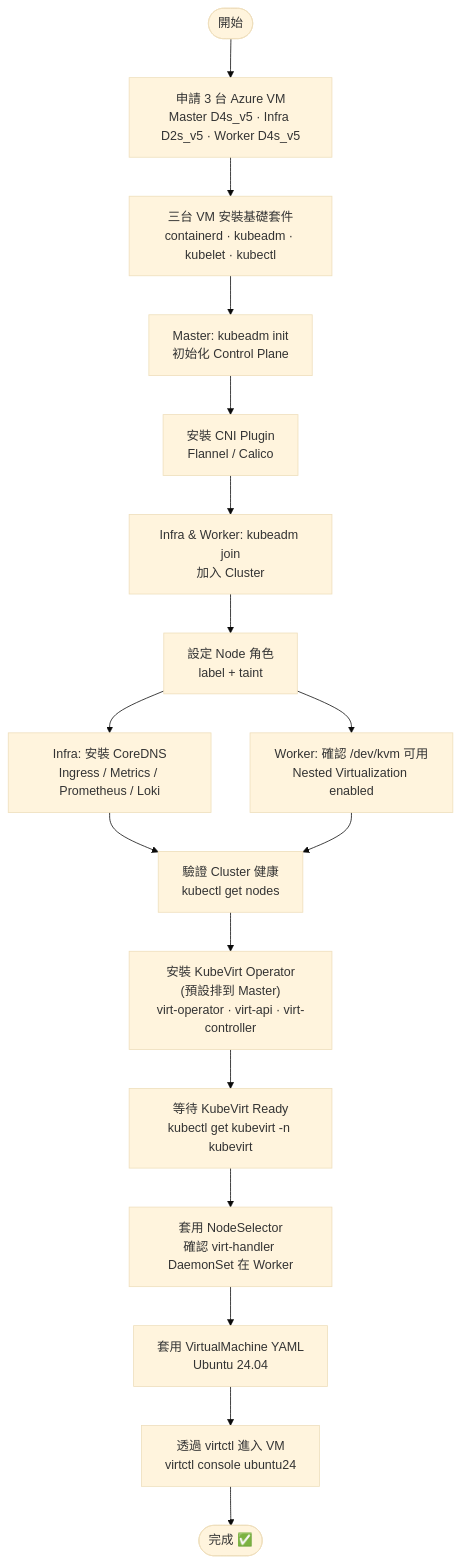
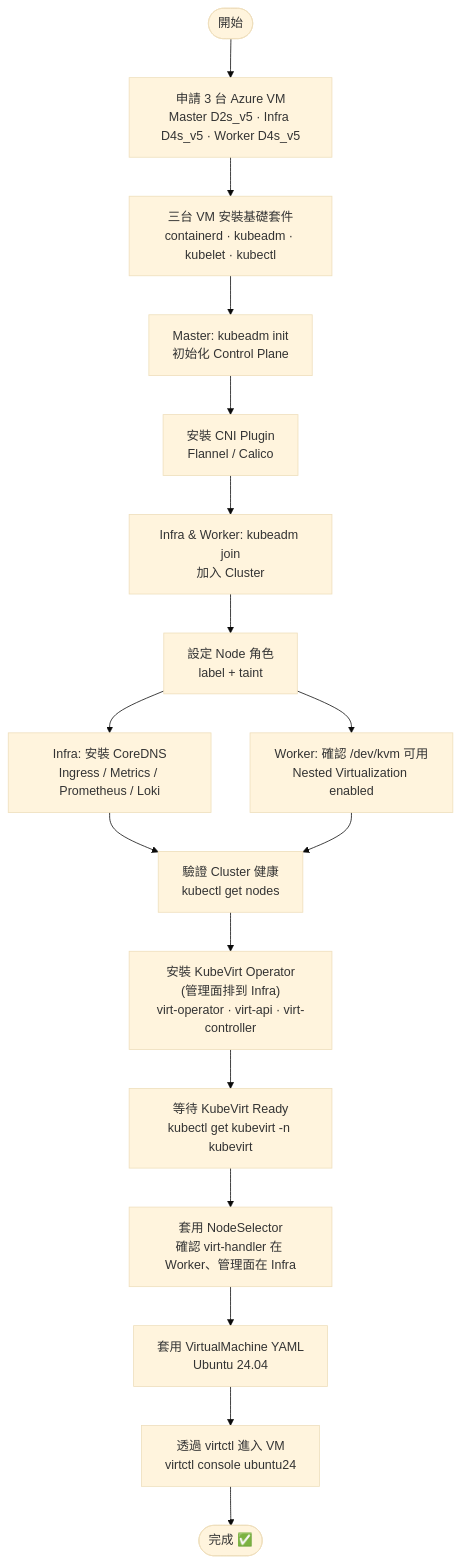
The diagram in kubernetes/3node-kubevirt/flowchart.md (MansionLai/notebook), drawn with Mermaid (base theme) before and after one commit. The commit also changed other lines of this file, not shown here.

Commit message:
docs: align kubevirt flowchart with option A

````diff
--- a/kubernetes/3node-kubevirt/flowchart.md
+++ b/kubernetes/3node-kubevirt/flowchart.md
@@ -15,19 +15,19 @@
 ```mermaid
 flowchart TD
-    A([開始]) --> B[申請 3 台 Azure VM\nMaster D4s_v5 · Infra D2s_v5 · Worker D4s_v5]
+    A([開始]) --> B[申請 3 台 Azure VM\nMaster D2s_v5 · Infra D4s_v5 · Worker D4s_v5]
     B --> C[三台 VM 安裝基礎套件\ncontainerd · kubeadm · kubelet · kubectl]
     C --> D[Master: kubeadm init\n初始化 Control Plane]
     D --> E[安裝 CNI Plugin\nFlannel / Calico]
     E --> F[Infra & Worker: kubeadm join\n加入 Cluster]
     F --> G[設定 Node 角色\nlabel + taint]
     G --> H1[Infra: 安裝 CoreDNS\nIngress / Metrics / Prometheus / Loki]
     G --> H2[Worker: 確認 /dev/kvm 可用\nNested Virtualization enabled]
     H1 --> I[驗證 Cluster 健康\nkubectl get nodes]
     H2 --> I
-    I --> J["安裝 KubeVirt Operator\n(預設排到 Master)\nvirt-operator · virt-api · virt-controller"]
+    I --> J["安裝 KubeVirt Operator\n(管理面排到 Infra)\nvirt-operator · virt-api · virt-controller"]
     J --> K[等待 KubeVirt Ready\nkubectl get kubevirt -n kubevirt]
-    K --> L[套用 NodeSelector\n確認 virt-handler DaemonSet 在 Worker]
+    K --> L[套用 NodeSelector\n確認 virt-handler 在 Worker、管理面在 Infra]
     L --> M[套用 VirtualMachine YAML\nUbuntu 24.04]
     M --> N[透過 virtctl 進入 VM\nvirtctl console ubuntu24]
     N --> O([完成 ✅])
 ```
````
